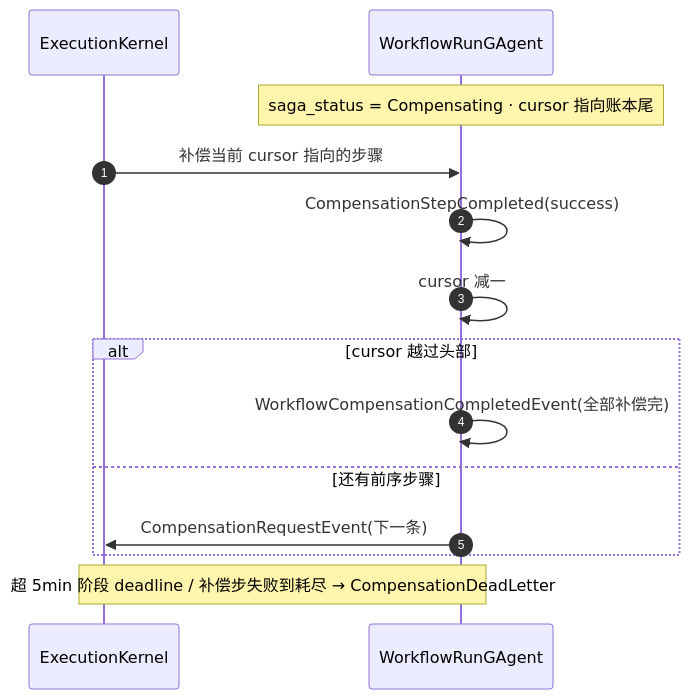
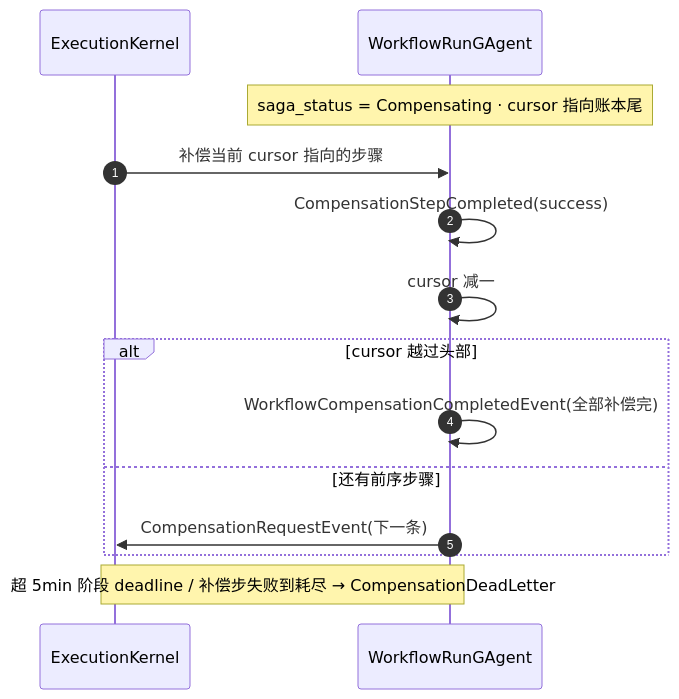
One commit to eanzhao-os/aevatar-review changed the second of 3 diagrams in 02/08-saga-durable-execution.md. Above: the diagram before and after it, drawn with Mermaid. The commit also changed other lines of this file and 15 other files, not shown here.

````diff
--- a/02/08-saga-durable-execution.md
+++ b/02/08-saga-durable-execution.md
@@ -57,16 +58,17 @@
 ```mermaid
+%%{init: {"maxTextSize": 100000, "sequence": {"actorMargin": 28, "messageMargin": 18, "diagramMarginX": 10, "diagramMarginY": 10}, "themeVariables": {"fontSize": "10px"}}}%%
 sequenceDiagram
     autonumber
     participant K as ExecutionKernel
     participant R as WorkflowRunGAgent
     Note over R: saga_status = Compensating · cursor 指向账本尾
     K->>R: 补偿当前 cursor 指向的步骤
     R->>R: CompensationStepCompleted(success)
     R->>R: cursor 减一
     alt cursor 越过头部
         R->>R: WorkflowCompensationCompletedEvent(全部补偿完)
     else 还有前序步骤
         R->>K: CompensationRequestEvent(下一条)
     end
     Note over K,R: 超 5min 阶段 deadline / 补偿步失败到耗尽 → CompensationDeadLetter
 ```
````
